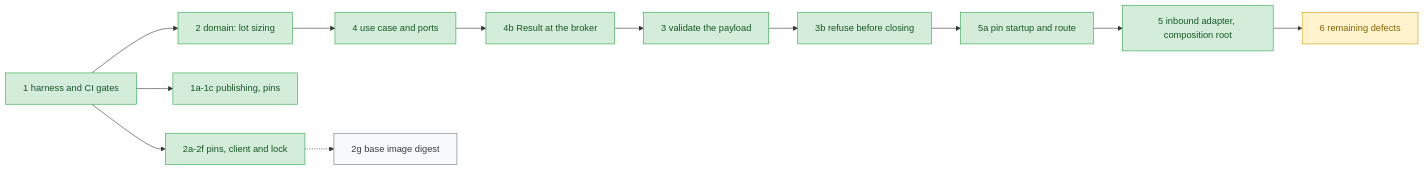
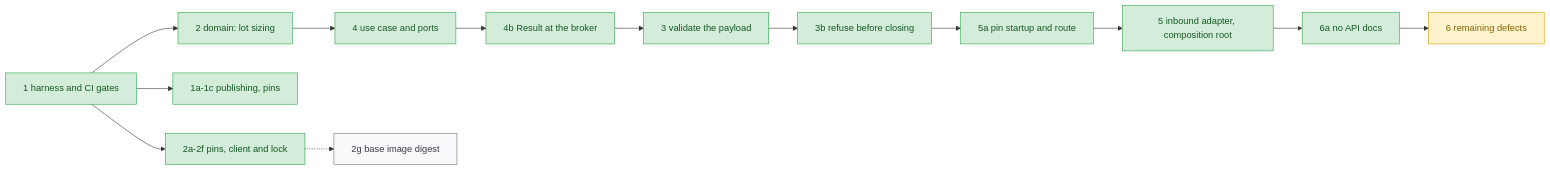
Before and after one commit to Akinzou/TradeLockerBot: the diagram in docs/migration-roadmap.md, drawn with Mermaid. The commit also changed other lines of this file and 6 other files, not shown here.

````diff
--- a/docs/migration-roadmap.md
+++ b/docs/migration-roadmap.md
@@ -31,20 +32,21 @@
 ```mermaid
 flowchart LR
     S1[1 harness and CI gates] --> S2[2 domain: lot sizing]
     S1 --> S1abc[1a-1c publishing, pins]
     S1 --> S2af[2a-2f pins, client and lock]
     S2 --> S4[4 use case and ports]
     S4 --> S4b[4b Result at the broker]
     S4b --> S3[3 validate the payload]
     S3 --> S3b[3b refuse before closing]
     S3b --> S5a[5a pin startup and route]
     S5a --> S5[5 inbound adapter, composition root]
-    S5 --> S6[6 remaining defects]
+    S5 --> S6a[6a no API docs]
+    S6a --> S6[6 remaining defects]
     S2af -.-> S2g[2g base image digest]
     classDef done fill:#d4edda,stroke:#28a745,color:#155724
     classDef next fill:#fff3cd,stroke:#d39e00,color:#856404
     classDef todo fill:#f8f9fa,stroke:#6c757d,color:#383d41
-    class S1,S1abc,S2,S2af,S4,S4b,S3,S3b,S5a,S5 done
+    class S1,S1abc,S2,S2af,S4,S4b,S3,S3b,S5a,S5,S6a done
     class S6 next
     class S2g todo
 ```
````
